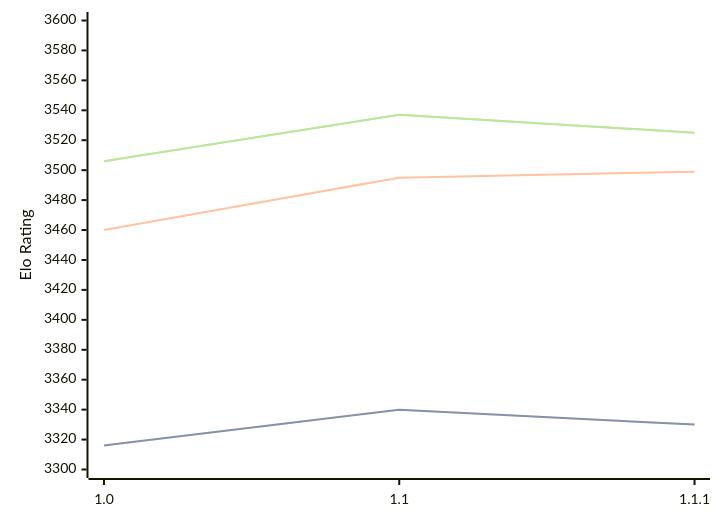
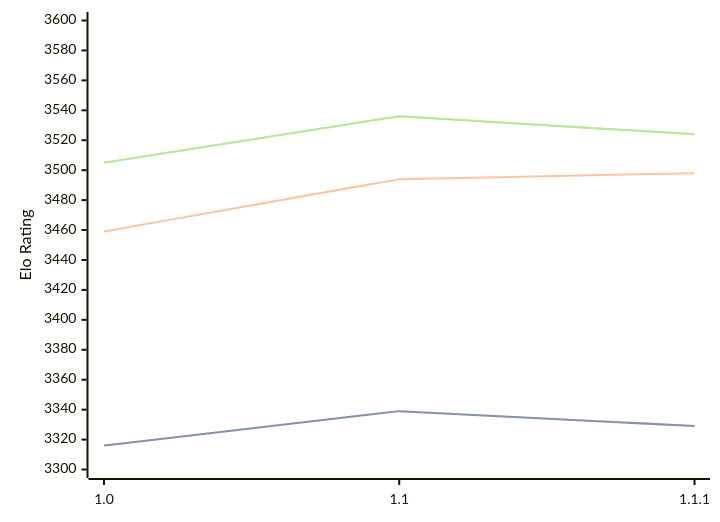
The diagram in engines/Icarus.md (computer-chess-index/cci), drawn with Mermaid before and after one commit. The commit also changed other lines of this file, not shown here.

Commit message:
Update CCI Ratings (ELO VLTC) - 2026-09-01

````diff
--- a/engines/Icarus.md
+++ b/engines/Icarus.md
@@ -33,11 +33,11 @@
 ```mermaid
 %%{init: {"theme":"base","themeVariables":{"seriesColors:['#a3a3a3','#222221','#faa371']}}}%%
 xychart-beta
   x-axis ["1.0", "1.1", "1.1.1"]
   y-axis "Elo Rating" 3300 --> 3600
-  line "" [3316, 3340, 3330]
-  line "STC (8.0+0.08s)" [3316, 3340, 3330]
-  line "LTC (60.0+0.60s)" [3460, 3495, 3499]
-  line "" [3506, 3537, 3525]
-  line "VLTC (2m24s+1.12s)" [3506, 3537, 3525]
+  line "" [3316, 3339, 3329]
+  line "STC (8.0+0.08s)" [3316, 3339, 3329]
+  line "LTC (60.0+0.60s)" [3459, 3494, 3498]
+  line "" [3505, 3536, 3524]
+  line "VLTC (2m24s+1.12s)" [3505, 3536, 3524]
 ```
````
